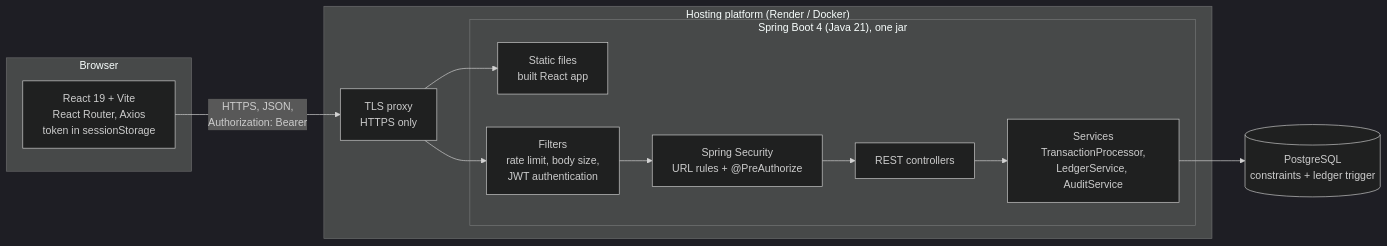
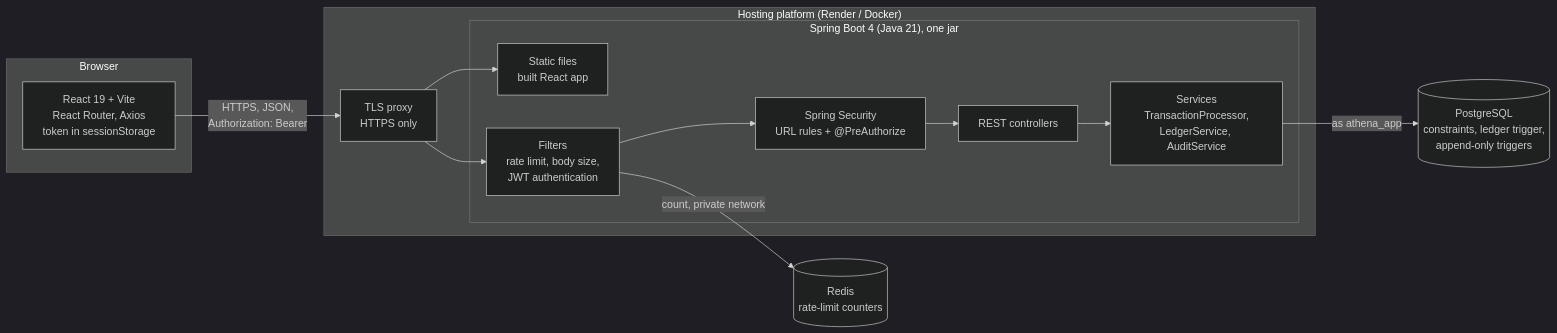
Before and after one commit to SHAIKIMRAN01/athena: the first of 4 diagrams in important/ARCHITECTURE.md, drawn with Mermaid (dark theme). The commit also changed other lines of this file and 102 other files, not shown here.

````diff
--- a/important/ARCHITECTURE.md
+++ b/important/ARCHITECTURE.md
@@ -5,23 +5,25 @@
 ```mermaid
 flowchart LR
     subgraph Browser
         UI["React 19 + Vite<br/>React Router, Axios<br/>token in sessionStorage"]
     end
 
     subgraph Host["Hosting platform (Render / Docker)"]
         Proxy["TLS proxy<br/>HTTPS only"]
         subgraph App["Spring Boot 4 (Java 21), one jar"]
             Static["Static files<br/>built React app"]
             Filters["Filters<br/>rate limit, body size,<br/>JWT authentication"]
             Rules["Spring Security<br/>URL rules + @PreAuthorize"]
             Controllers["REST controllers"]
             Services["Services<br/>TransactionProcessor,<br/>LedgerService, AuditService"]
         end
     end
 
-    DB[("PostgreSQL<br/>constraints + ledger trigger")]
+    DB[("PostgreSQL<br/>constraints, ledger trigger,<br/>append-only triggers")]
+    Redis[("Redis<br/>rate-limit counters")]
 
     UI -- "HTTPS, JSON,<br/>Authorization: Bearer" --> Proxy
     Proxy --> Static
-    Proxy --> Filters --> Rules --> Controllers --> Services --> DB
+    Proxy --> Filters --> Rules --> Controllers --> Services -- "as athena_app" --> DB
+    Filters -- "count, private network" --> Redis
 ```
````
